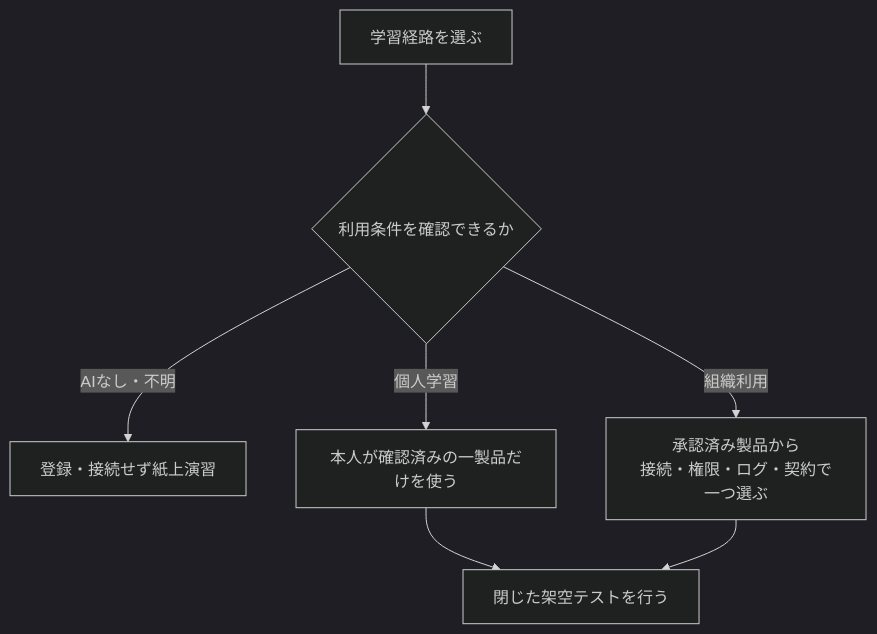
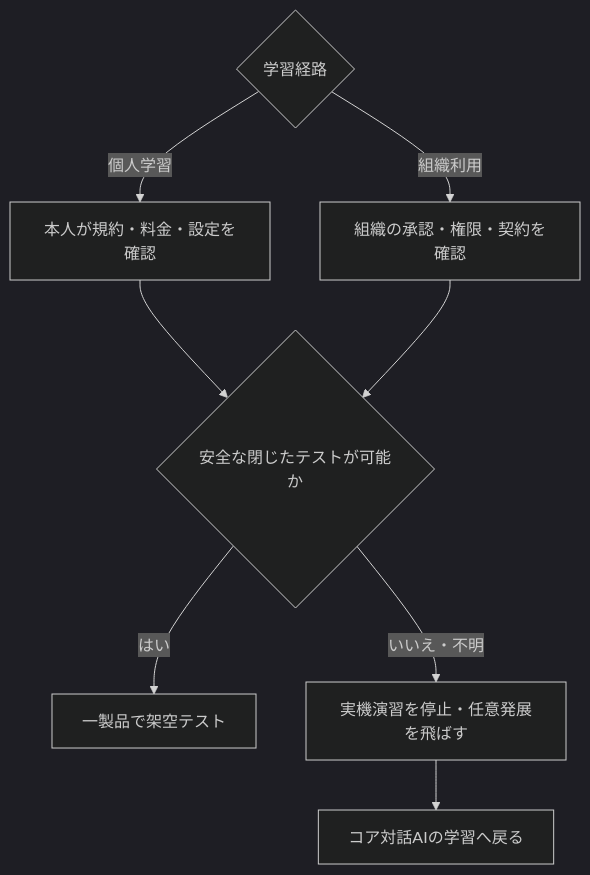
One commit to kiyo37/AI-- changed the diagram in ai-business-efficiency-instructor-content/setup/automation_tools_setup.md. Above: the diagram before and after it, drawn with Mermaid (dark theme). The commit also changed other lines of this file and 84 other files, not shown here.

````diff
--- a/ai-business-efficiency-instructor-content/setup/automation_tools_setup.md
+++ b/ai-business-efficiency-instructor-content/setup/automation_tools_setup.md
@@ -25,9 +25,10 @@
 ```mermaid
 flowchart TD
-    A["学習経路を選ぶ"] --> B{"利用条件を確認できるか"}
-    B -->|AIなし・不明| H["登録・接続せず紙上演習"]
-    B -->|個人学習| C["本人が確認済みの一製品だけを使う"]
-    B -->|組織利用| D["承認済み製品から<br/>接続・権限・ログ・契約で一つ選ぶ"]
-    C --> E["閉じた架空テストを行う"]
-    D --> E
+    A{"学習経路"} -->|個人学習| B["本人が規約・料金・設定を確認"]
+    A -->|組織利用| C["組織の承認・権限・契約を確認"]
+    B --> D{"安全な閉じたテストが可能か"}
+    C --> D
+    D -->|はい| E["一製品で架空テスト"]
+    D -->|いいえ・不明| F["実機演習を停止・任意発展を飛ばす"]
+    F --> G["コア対話AIの学習へ戻る"]
 ```
````
